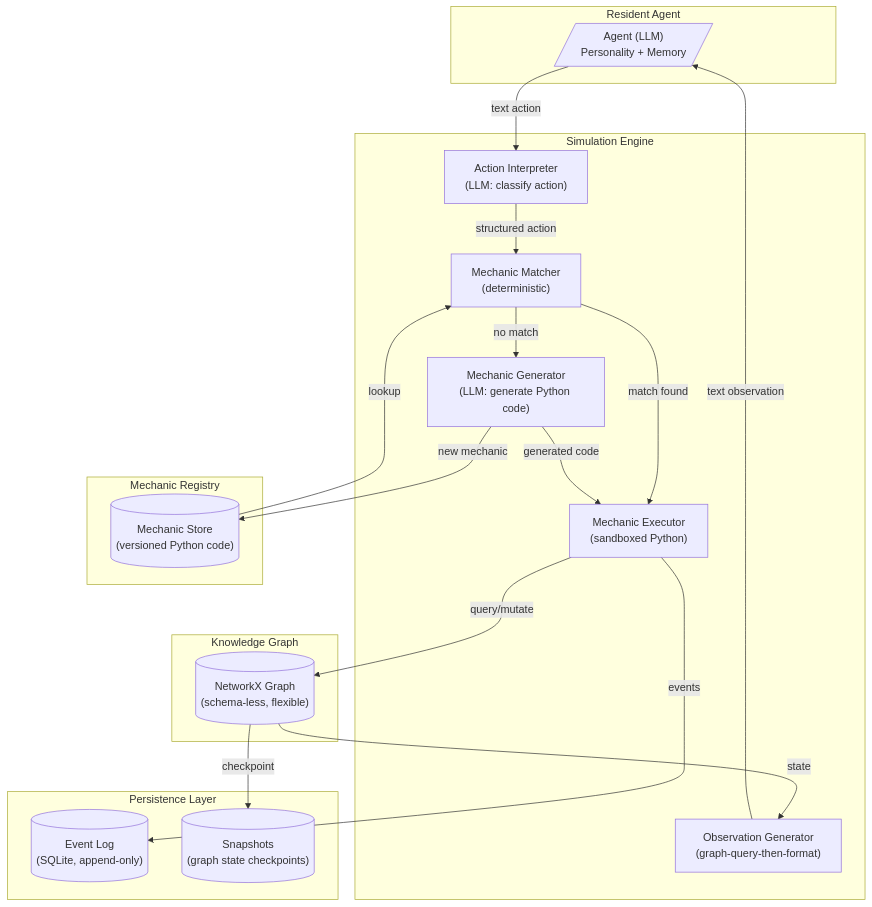
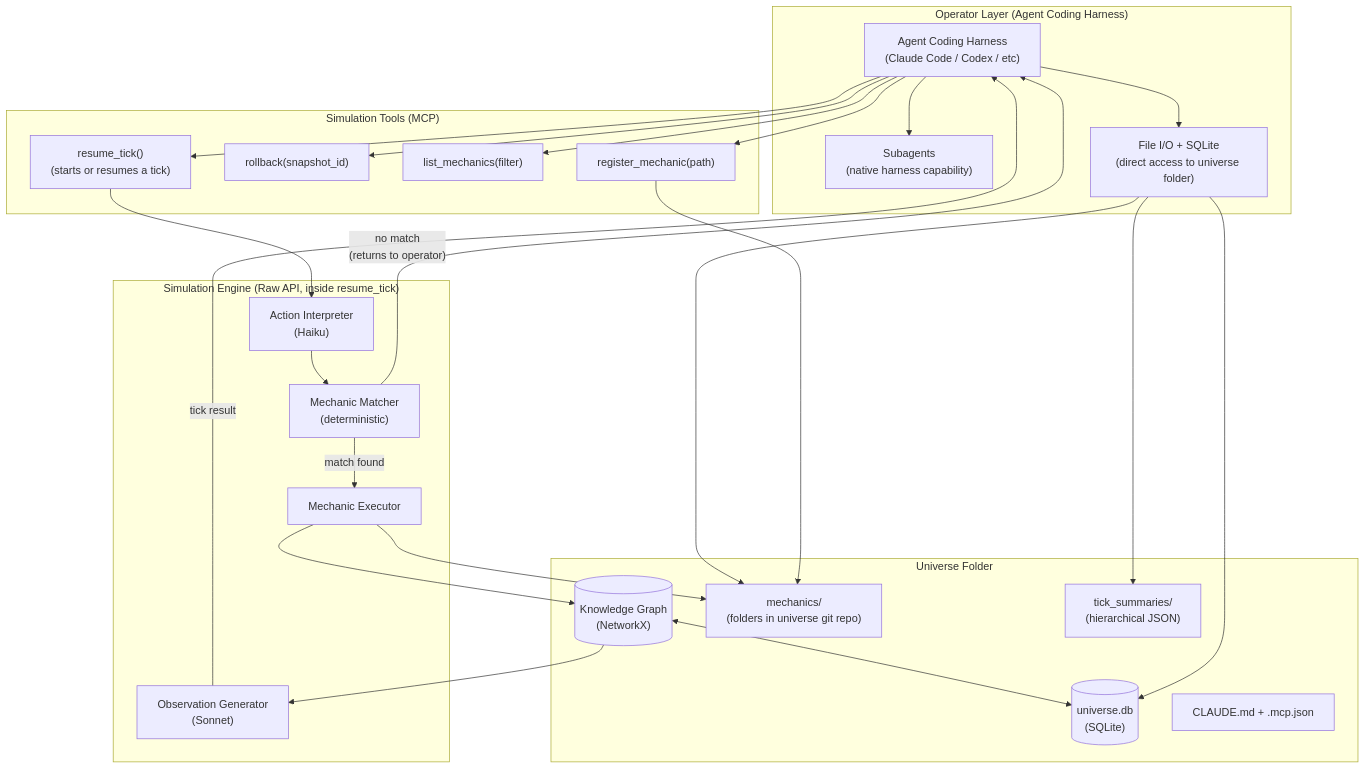
One commit to reubenjohn/token-world changed the first of 3 diagrams in docs/design/architecture.md. Above: the diagram before and after it, drawn with Mermaid. The commit also changed other lines of this file and 5 other files, not shown here.

Commit message:
docs: minimal MCP tools, tick summaries, corrected architecture, 52 requirements

````diff
--- a/docs/design/architecture.md
+++ b/docs/design/architecture.md
@@ -5,40 +5,50 @@
 ```mermaid
 graph TD
-    subgraph "Resident Agent"
-        RA[/"Agent (LLM)\nPersonality + Memory"/]
+    subgraph "Operator Layer (Agent Coding Harness)"
+        OP["Agent Coding Harness\n(Claude Code / Codex / etc)"]
+        SUB["Subagents\n(native harness capability)"]
+        FS["File I/O + SQLite\n(direct access to universe folder)"]
     end
 
-    subgraph "Simulation Engine"
-        AI["Action Interpreter\n(LLM: classify action)"]
-        MM["Mechanic Matcher\n(deterministic)"]
-        MG["Mechanic Generator\n(LLM: generate Python code)"]
-        ME["Mechanic Executor\n(sandboxed Python)"]
-        OG["Observation Generator\n(graph-query-then-format)"]
+    subgraph "Simulation Tools (MCP)"
+        RT["resume_tick()\n(starts or resumes a tick)"]
+        RB["rollback(snapshot_id)"]
+        LM["list_mechanics(filter)"]
+        RM["register_mechanic(path)"]
     end
 
-    subgraph "Mechanic Registry"
-        MR[("Mechanic Store\n(versioned Python code)")]
+    subgraph "Simulation Engine (Raw API, inside resume_tick)"
+        AI["Action Interpreter\n(Haiku)"]
+        MM["Mechanic Matcher\n(deterministic)"]
+        ME["Mechanic Executor"]
+        OG["Observation Generator\n(Sonnet)"]
     end
 
-    subgraph "Knowledge Graph"
-        KG[("NetworkX Graph\n(schema-less, flexible)")]
+    subgraph "Universe Folder"
+        KG[("Knowledge Graph\n(NetworkX)")]
+        DB[("universe.db\n(SQLite)")]
+        MF["mechanics/\n(folders in universe git repo)"]
+        CF["CLAUDE.md + .mcp.json"]
+        TS["tick_summaries/\n(hierarchical JSON)"]
     end
 
-    subgraph "Persistence Layer"
-        EL[("Event Log\n(SQLite, append-only)")]
-        SS[("Snapshots\n(graph state checkpoints)")]
-    end
-
-    RA -->|"text action"| AI
-    AI -->|"structured action"| MM
+    OP --> RT
+    OP --> RB
+    OP --> LM
+    OP --> RM
+    OP --> SUB
+    OP --> FS
+    RT --> AI
+    AI --> MM
     MM -->|"match found"| ME
-    MM -->|"no match"| MG
-    MG -->|"new mechanic"| MR
-    MG -->|"generated code"| ME
-    ME -->|"query/mutate"| KG
-    ME -->|"events"| EL
-    KG -->|"state"| OG
-    OG -->|"text observation"| RA
-    MR -->|"lookup"| MM
-    KG -->|"checkpoint"| SS
+    MM -->|"no match\n(returns to operator)"| OP
+    ME --> KG
+    KG --> OG
+    OG -->|"tick result"| OP
+    KG <--> DB
+    ME --> MF
+    FS --> DB
+    FS --> MF
+    FS --> TS
+    RM --> MF
 ```
````
